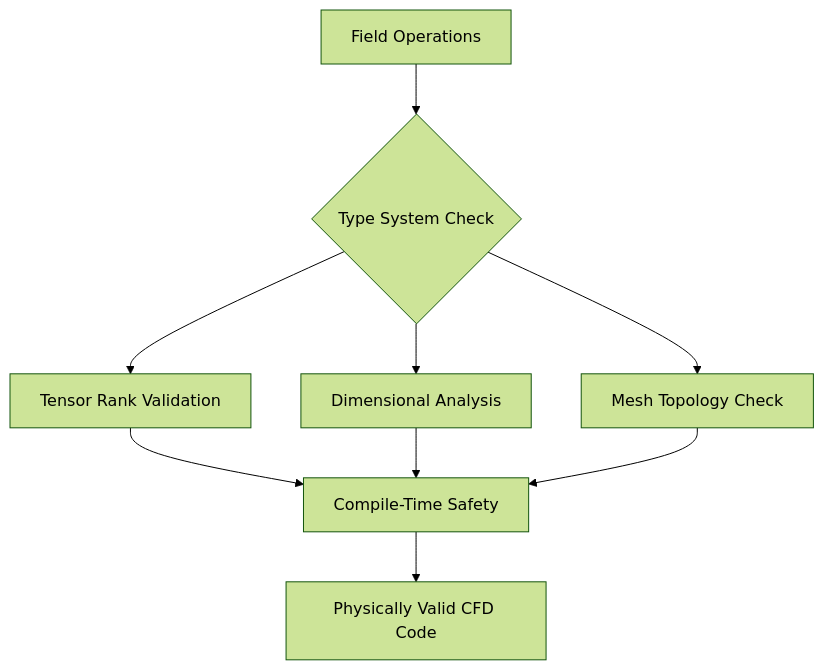
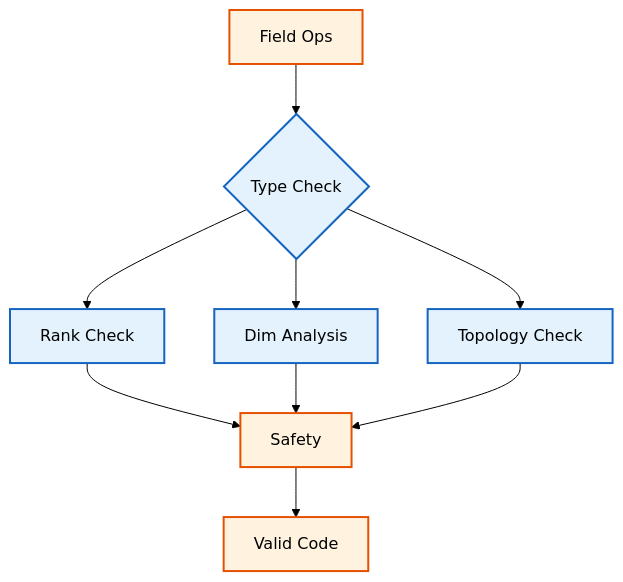
One commit to wramet/build-my-cfd changed the first of 4 diagrams in MODULE_05_OPENFOAM_PROGRAMMING/CONTENT/05_FIELDS_GEOMETRICFIELDS/05_Mathematical_Type_Theory.md. Above: the diagram before and after it, drawn with Mermaid (forest theme). The commit also changed other lines of this file and 313 other files, not shown here.

Commit message:
Revise all diagram

````diff
--- a/MODULE_05_OPENFOAM_PROGRAMMING/CONTENT/05_FIELDS_GEOMETRICFIELDS/05_Mathematical_Type_Theory.md
+++ b/MODULE_05_OPENFOAM_PROGRAMMING/CONTENT/05_FIELDS_GEOMETRICFIELDS/05_Mathematical_Type_Theory.md
@@ -12,11 +12,15 @@
 ```mermaid
 flowchart TD
-    A[Field Operations] --> B{Type System Check}
-    B --> C[Tensor Rank Validation]
-    B --> D[Dimensional Analysis]
-    B --> E[Mesh Topology Check]
-    C --> F[Compile-Time Safety]
-    D --> F
-    E --> F
-    F --> G[Physically Valid CFD Code]
+%% Classes
+classDef explicit fill:#fff3e0,stroke:#e65100,stroke-width:2px;
+classDef implicit fill:#e3f2fd,stroke:#1565c0,stroke-width:2px;
+%% Nodes
+A[Field Ops]:::explicit --> B{Type Check}:::implicit
+B --> C[Rank Check]:::implicit
+B --> D[Dim Analysis]:::implicit
+B --> E[Topology Check]:::implicit
+C --> F[Safety]:::explicit
+D --> F
+E --> F
+F --> G[Valid Code]:::explicit
 ```
````
